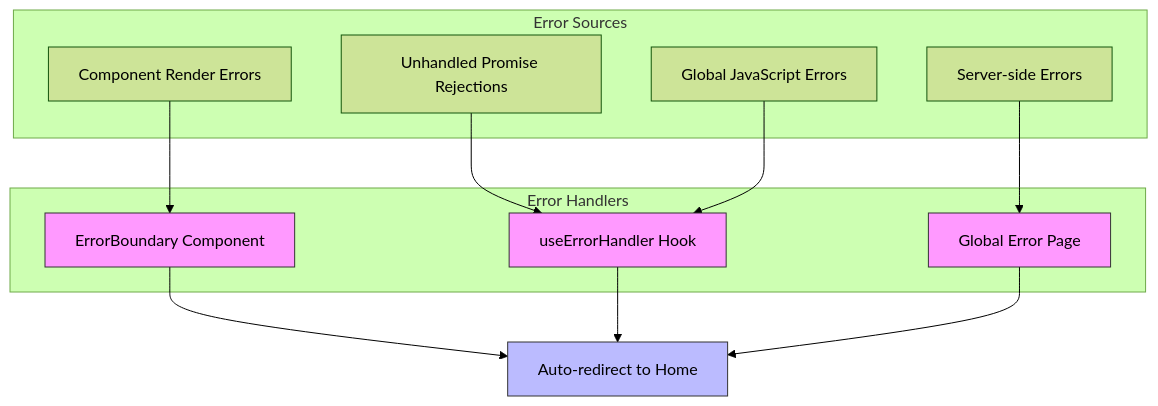
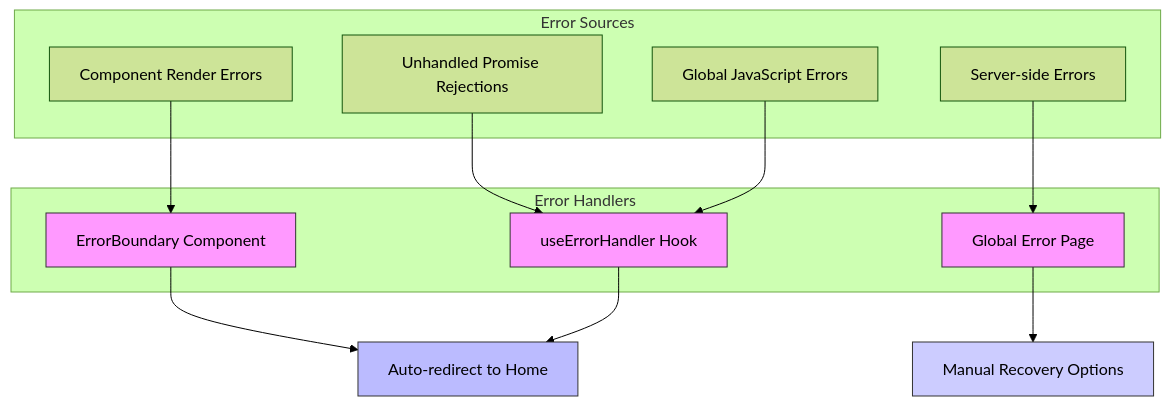
One commit to amiirbazzii/Expense-Tracker---Warp changed the second of 6 diagrams in .qoder/repowiki/en/content/Error Boundary Implementation.md. Above: the diagram before and after it, drawn with Mermaid (forest theme). The commit also changed other lines of this file and 16 other files, not shown here.

````diff
--- a/.qoder/repowiki/en/content/Error Boundary Implementation.md
+++ b/.qoder/repowiki/en/content/Error Boundary Implementation.md
@@ -61,25 +70,26 @@
 ```mermaid
 graph TB
 subgraph "Error Sources"
 A[Component Render Errors]
 B[Unhandled Promise Rejections]
 C[Global JavaScript Errors]
 D[Server-side Errors]
 end
 subgraph "Error Handlers"
 E[ErrorBoundary Component]
 F[useErrorHandler Hook]
 G[Global Error Page]
 end
 A --> E
 B --> F
 C --> F
 D --> G
 E --> H[Auto-redirect to Home]
 F --> H
-G --> H
+G --> I[Manual Recovery Options]
 style E fill:#f9f,stroke:#333
 style F fill:#f9f,stroke:#333
 style G fill:#f9f,stroke:#333
 style H fill:#bbf,stroke:#333
+style I fill:#ccf,stroke:#333
 ```
````
